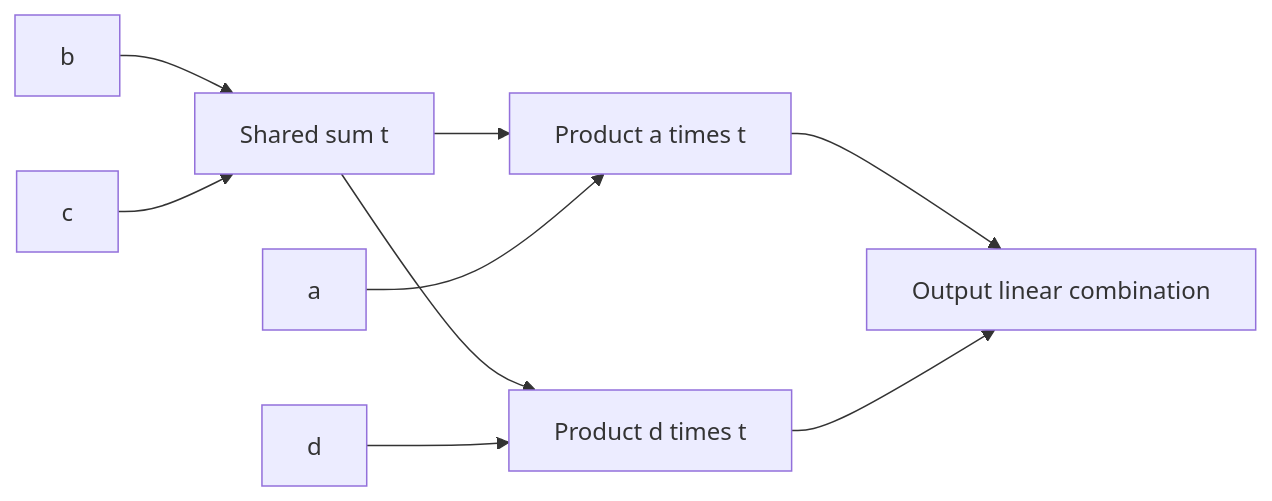
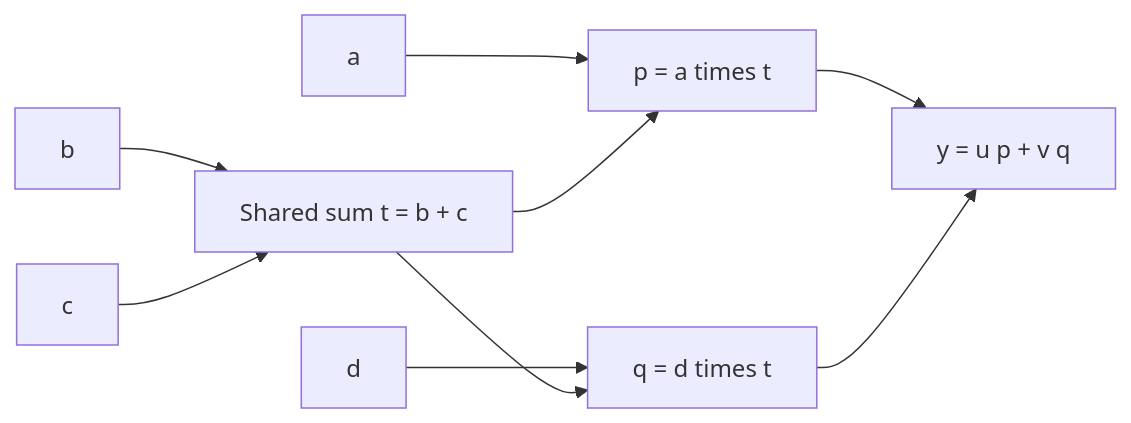
Before and after one commit to loganriggs/tensor_language: the second of 3 diagrams in basis_aligned/polynomial_causal/explanations/for_logan/research_update_2026-09-21_0104_full_coverage_and_shared_baselines.md, drawn with Mermaid. The commit also changed other lines of this file and 6 other files, not shown here.

````diff
--- a/basis_aligned/polynomial_causal/explanations/for_logan/research_update_2026-09-21_0104_full_coverage_and_shared_baselines.md
+++ b/basis_aligned/polynomial_causal/explanations/for_logan/research_update_2026-09-21_0104_full_coverage_and_shared_baselines.md
@@ -110,11 +109,11 @@
 ```mermaid
 flowchart LR
-    B[b] --> T[Shared sum t]
+    B[b] --> T[Shared sum t = b + c]
     C[c] --> T
-    T --> P[Product a times t]
-    A[a] --> P
-    T --> Q[Product d times t]
-    D[d] --> Q
-    P --> Y[Output linear combination]
+    A[a] --> P[p = a times t]
+    T --> P
+    D[d] --> Q[q = d times t]
+    T --> Q
+    P --> Y[y = u p + v q]
     Q --> Y
 ```
````
